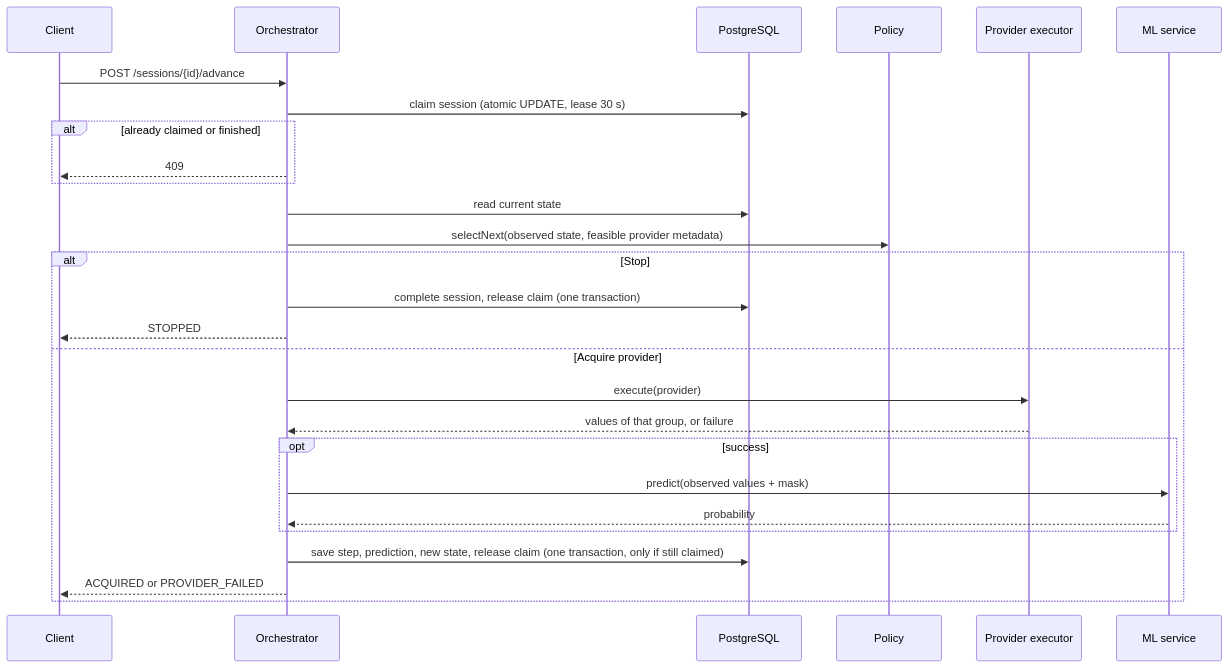
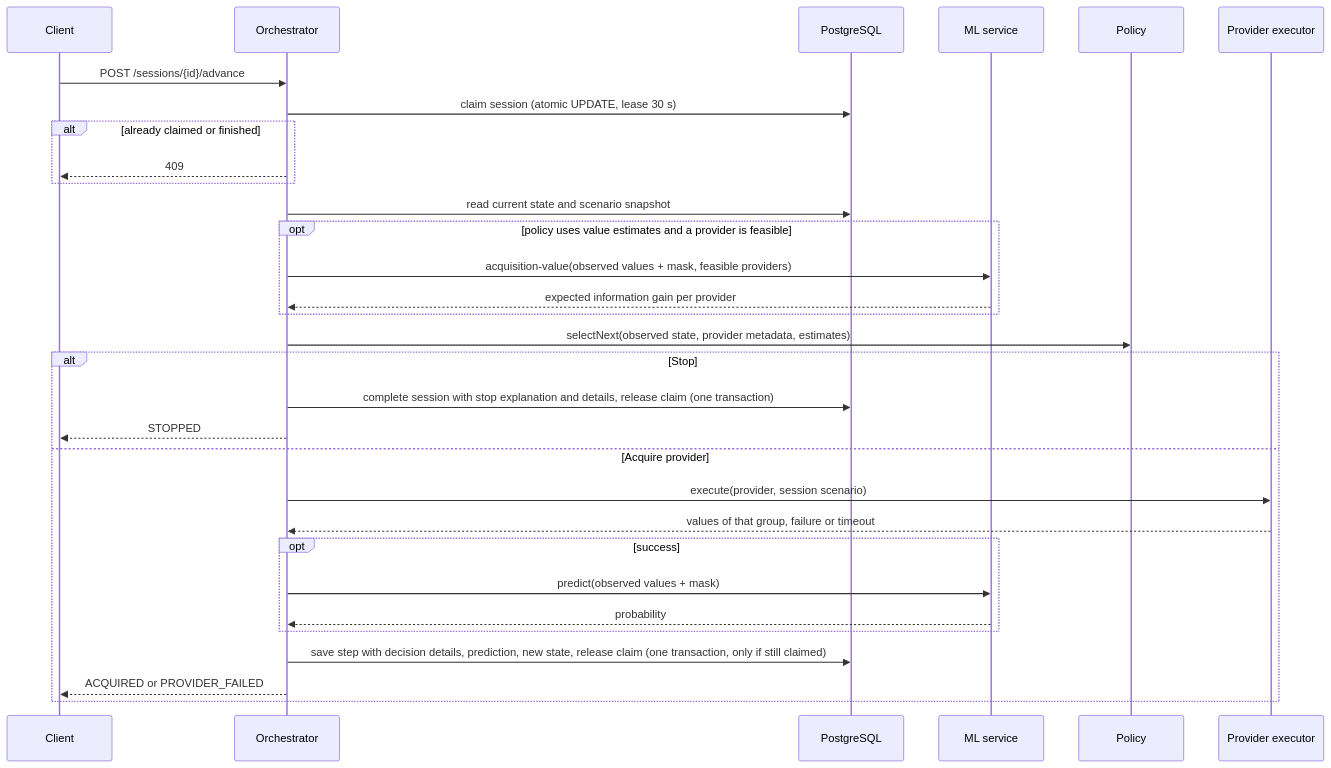
Before and after one commit to KseniiaMakarova/provider-aware-acquisition: the sixth of 8 diagrams in docs/architecture.md, drawn with Mermaid. The commit also changed other lines of this file and 3 other files, not shown here.

````diff
--- a/docs/architecture.md
+++ b/docs/architecture.md
@@ -205,29 +244,33 @@
 ```mermaid
 sequenceDiagram
     participant C as Client
     participant O as Orchestrator
     participant DB as PostgreSQL
+    participant ML as ML service
     participant P as Policy
     participant E as Provider executor
-    participant ML as ML service
     C->>O: POST /sessions/{id}/advance
     O->>DB: claim session (atomic UPDATE, lease 30 s)
     alt already claimed or finished
         O-->>C: 409
     end
-    O->>DB: read current state
-    O->>P: selectNext(observed state, feasible provider metadata)
+    O->>DB: read current state and scenario snapshot
+    opt policy uses value estimates and a provider is feasible
+        O->>ML: acquisition-value(observed values + mask, feasible providers)
+        ML-->>O: expected information gain per provider
+    end
+    O->>P: selectNext(observed state, provider metadata, estimates)
     alt Stop
-        O->>DB: complete session, release claim (one transaction)
+        O->>DB: complete session with stop explanation and details, release claim (one transaction)
         O-->>C: STOPPED
     else Acquire provider
-        O->>E: execute(provider)
-        E-->>O: values of that group, or failure
+        O->>E: execute(provider, session scenario)
+        E-->>O: values of that group, failure or timeout
         opt success
             O->>ML: predict(observed values + mask)
             ML-->>O: probability
         end
-        O->>DB: save step, prediction, new state, release claim (one transaction, only if still claimed)
+        O->>DB: save step with decision details, prediction, new state, release claim (one transaction, only if still claimed)
         O-->>C: ACQUIRED or PROVIDER_FAILED
     end
 ```
````
